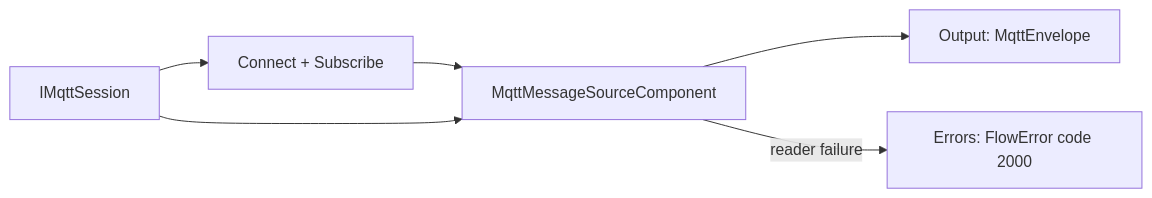
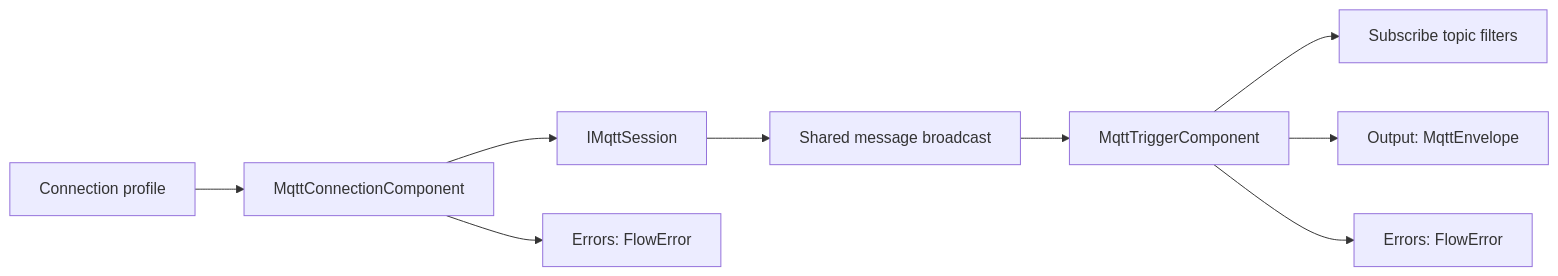
The third of 16 diagrams in docs/flow-components.md (araxis/FluxMq), drawn with Mermaid before and after one commit. The commit also changed other lines of this file and 9 other files, not shown here.

Commit message:
docs: update flow component documentation

````diff
--- a/docs/flow-components.md
+++ b/docs/flow-components.md
@@ -60,8 +60,11 @@
 ```mermaid
 flowchart LR
-    Session["IMqttSession"] --> Connect["Connect + Subscribe"]
-    Connect --> Source["MqttMessageSourceComponent"]
-    Session --> Source
-    Source --> Out["Output: MqttEnvelope"]
-    Source -->|reader failure| Errors["Errors: FlowError code 2000"]
+    Profile["Connection profile"] --> Connection["MqttConnectionComponent"]
+    Connection --> Session["IMqttSession"]
+    Session --> Broadcast["Shared message broadcast"]
+    Trigger["MqttTriggerComponent"] --> Subscribe["Subscribe topic filters"]
+    Broadcast --> Trigger
+    Trigger --> Out["Output: MqttEnvelope"]
+    Connection --> ConnectionErrors["Errors: FlowError"]
+    Trigger --> TriggerErrors["Errors: FlowError"]
 ```
````
